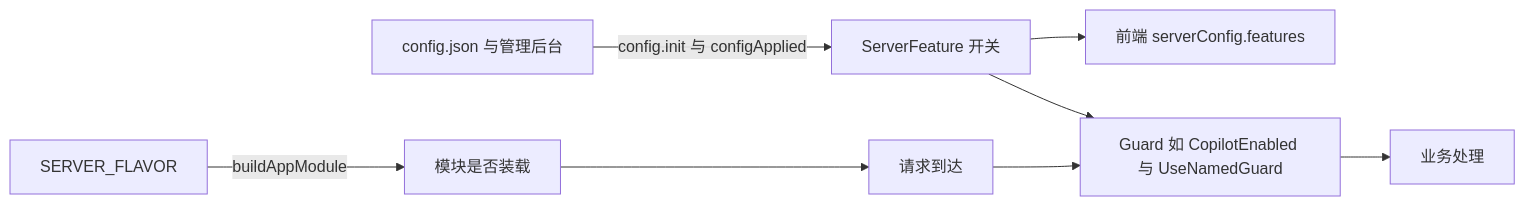
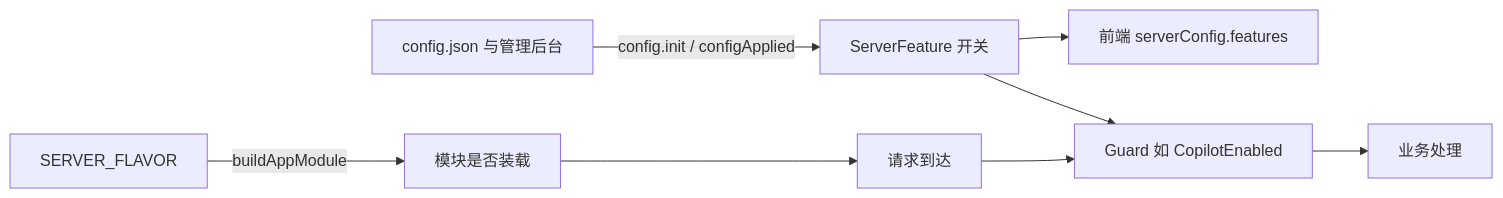
One commit to lfire/AFFiNE changed the second of 5 diagrams in learning-guide/slides/decks/24.md. Above: the diagram before and after it, drawn with Mermaid. The commit also changed other lines of this file and 46 other files, not shown here.

````diff
--- a/learning-guide/slides/decks/24.md
+++ b/learning-guide/slides/decks/24.md
@@ -69,9 +75,9 @@
 ```mermaid
 flowchart LR
-    A[SERVER_FLAVOR] -->|buildAppModule| B[模块是否装载]
-    C["config.json 与管理后台"] -->|config.init 与 configApplied| D[ServerFeature 开关]
-    D --> E["前端 serverConfig.features"]
-    B --> F[请求到达]
-    D --> G[Guard 如 CopilotEnabled 与 UseNamedGuard]
-    F --> G --> H[业务处理]
+  A["SERVER_FLAVOR"] -->|"buildAppModule"| B["模块是否装载"]
+  C["config.json 与管理后台"] -->|"config.init / configApplied"| D["ServerFeature 开关"]
+  D --> E["前端 serverConfig.features"]
+  B --> F["请求到达"]
+  D --> G["Guard 如 CopilotEnabled"]
+  F --> G --> H["业务处理"]
 ```
````
